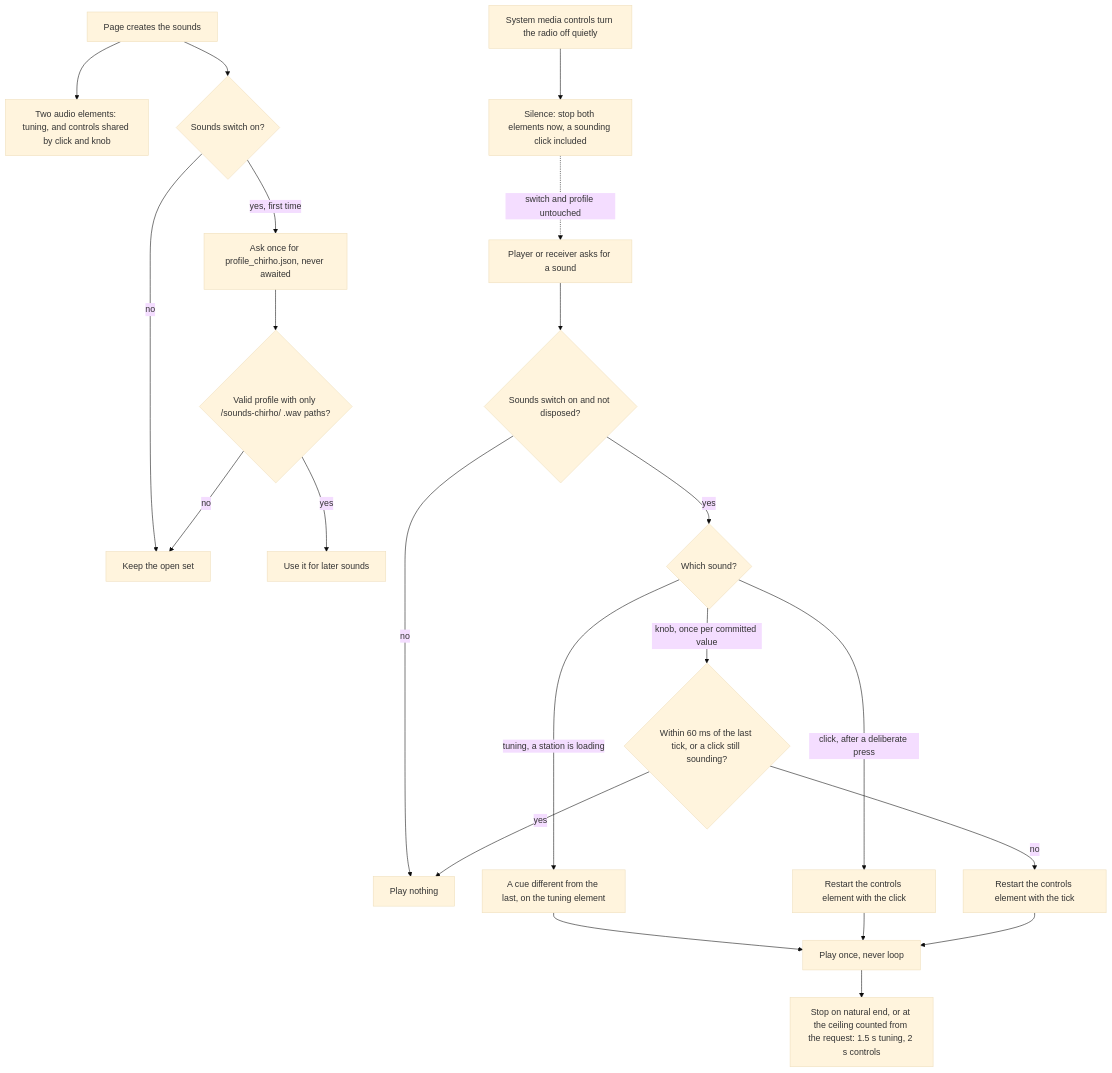
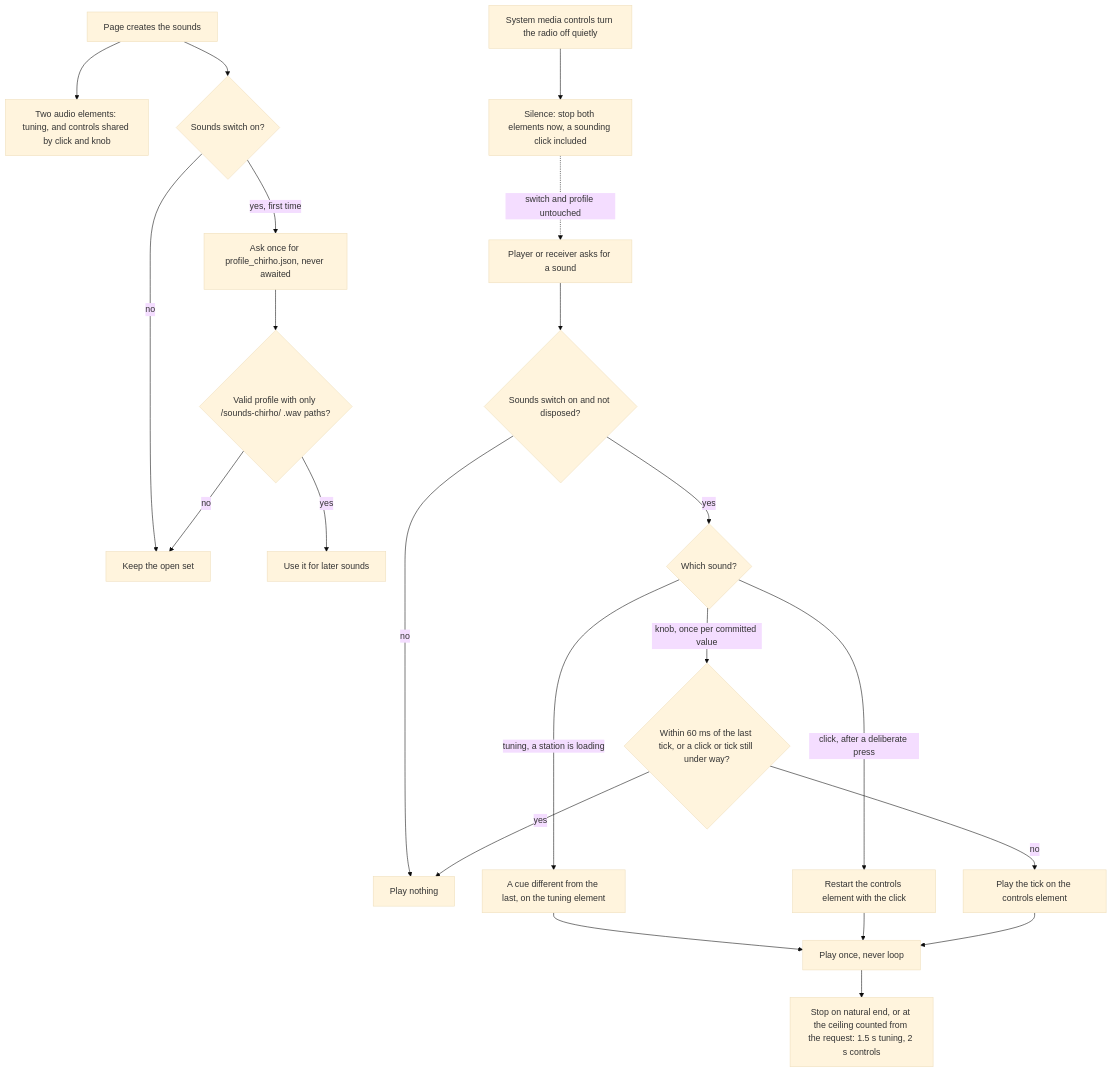
One commit to loveJesus/audiobiblerad.io-chirho changed the third of 3 diagrams in spec-chirho/workflows-chirho/radio_sounds_workflow_chirho.md. Above: the diagram before and after it, drawn with Mermaid (base theme). The commit also changed other lines of this file and 14 other files, not shown here.

````diff
--- a/spec-chirho/workflows-chirho/radio_sounds_workflow_chirho.md
+++ b/spec-chirho/workflows-chirho/radio_sounds_workflow_chirho.md
@@ -45,24 +67,24 @@
 ```mermaid
 flowchart TD
     create_chirho[Page creates the sounds] --> elements_chirho[Two audio elements: tuning, and controls shared by click and knob]
     create_chirho --> on_chirho{Sounds switch on?}
     on_chirho -- yes, first time --> fetch_chirho[Ask once for profile_chirho.json, never awaited]
     on_chirho -- no --> use_open_chirho
     fetch_chirho --> valid_chirho{Valid profile with only /sounds-chirho/ .wav paths?}
     valid_chirho -- yes --> use_profile_chirho[Use it for later sounds]
     valid_chirho -- no --> use_open_chirho[Keep the open set]
     request_chirho[Player or receiver asks for a sound] --> enabled_chirho{Sounds switch on and not disposed?}
     enabled_chirho -- no --> silent_chirho[Play nothing]
     enabled_chirho -- yes --> kind_chirho{Which sound?}
     kind_chirho -- tuning, a station is loading --> tuning_chirho[A cue different from the last, on the tuning element]
     kind_chirho -- click, after a deliberate press --> click_chirho[Restart the controls element with the click]
-    kind_chirho -- knob, once per committed value --> spacing_chirho{Within 60 ms of the last tick, or a click still sounding?}
+    kind_chirho -- knob, once per committed value --> spacing_chirho{Within 60 ms of the last tick, or a click or tick still under way?}
     spacing_chirho -- yes --> silent_chirho
-    spacing_chirho -- no --> knob_chirho[Restart the controls element with the tick]
+    spacing_chirho -- no --> knob_chirho[Play the tick on the controls element]
     tuning_chirho --> finite_chirho[Play once, never loop]
     click_chirho --> finite_chirho
     knob_chirho --> finite_chirho
     finite_chirho --> end_chirho[Stop on natural end, or at the ceiling counted from the request: 1.5 s tuning, 2 s controls]
     quiet_off_chirho[System media controls turn the radio off quietly] --> silence_all_chirho[Silence: stop both elements now, a sounding click included]
     silence_all_chirho -. switch and profile untouched .-> request_chirho
 ```
````
